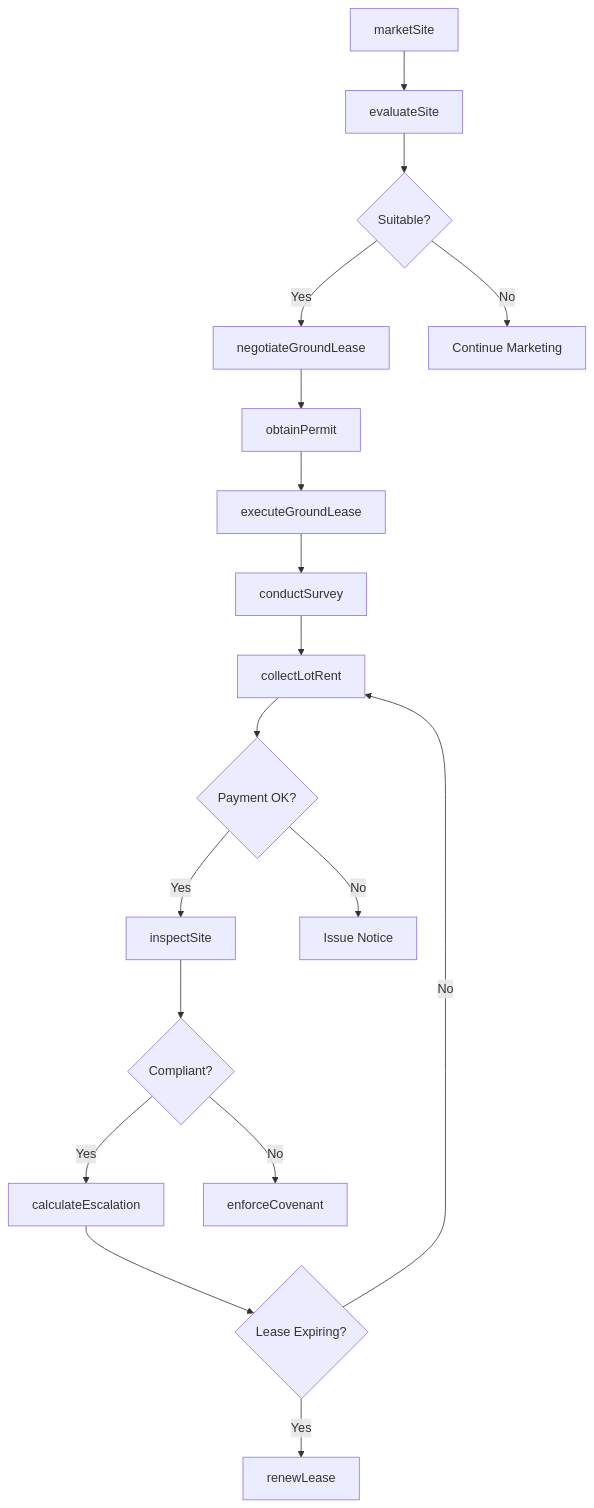
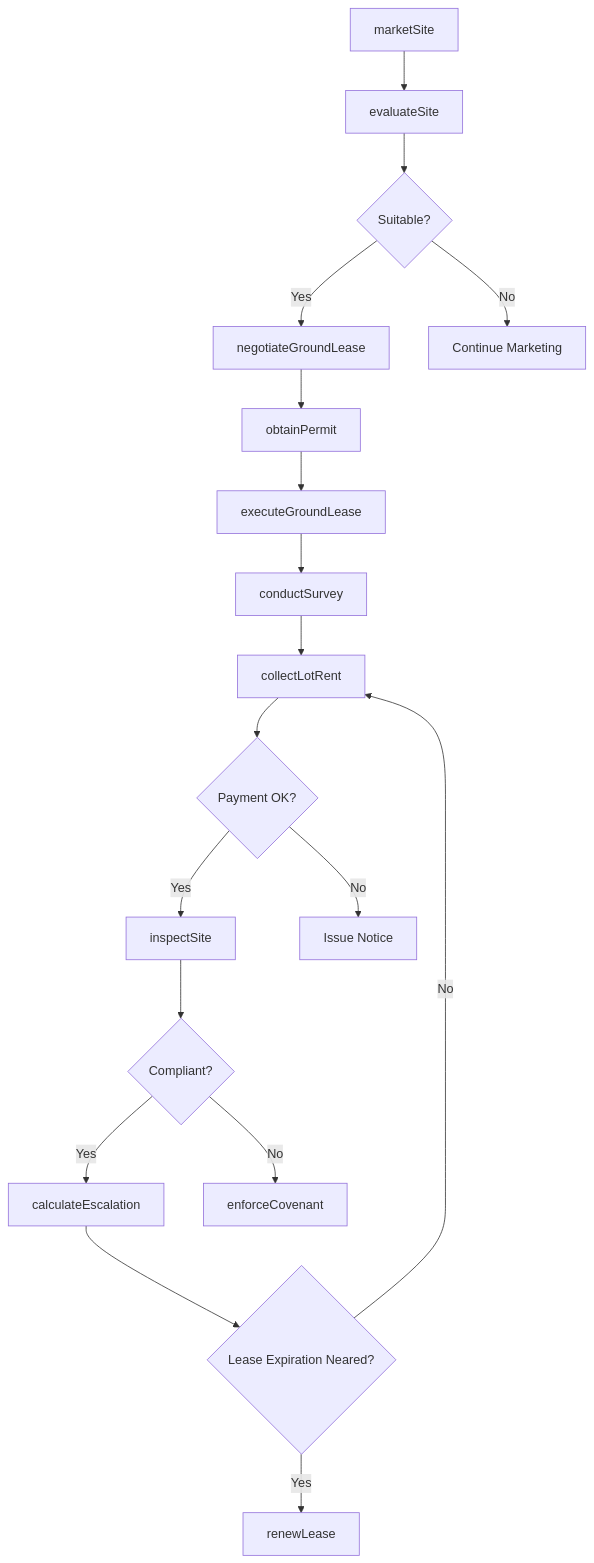
One commit to dot-org-ai/industries.org.ai changed the first of 2 diagrams in RealEstate/RealEstate/LessorsOfRealEstate/LessorsOfOtherRealEstateProperty.mdx. Above: the diagram before and after it, drawn with Mermaid. The commit also changed other lines of this file and 588 other files, not shown here.

````diff
--- a/RealEstate/RealEstate/LessorsOfRealEstate/LessorsOfOtherRealEstateProperty.mdx
+++ b/RealEstate/RealEstate/LessorsOfRealEstate/LessorsOfOtherRealEstateProperty.mdx
@@ -111,20 +111,20 @@
 ```mermaid
 graph TD
     A[marketSite] --> B[evaluateSite]
     B --> C{Suitable?}
     C -->|Yes| D[negotiateGroundLease]
     C -->|No| E[Continue Marketing]
     D --> F[obtainPermit]
     F --> G[executeGroundLease]
     G --> H[conductSurvey]
     H --> I[collectLotRent]
     I --> J{Payment OK?}
     J -->|Yes| K[inspectSite]
     J -->|No| L[Issue Notice]
     K --> M{Compliant?}
     M -->|Yes| N[calculateEscalation]
     M -->|No| O[enforceCovenant]
-    N --> P{Lease Expiring?}
+    N --> P{Lease Expiration Neared?}
     P -->|Yes| Q[renewLease]
     P -->|No| I
 ```
````
